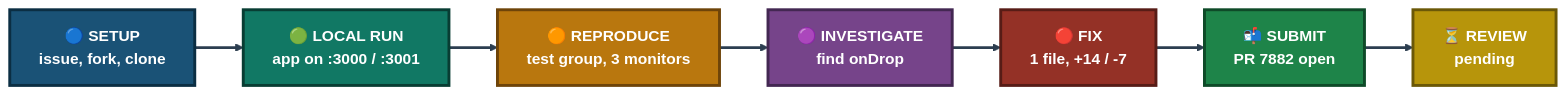
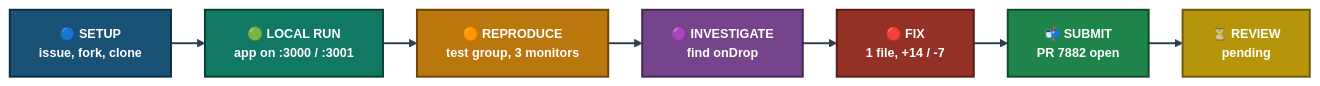
The first of 4 diagrams in project-4-uptime-kuma-open-source-contribution/README.md (malaika-azhar/Real-World-Tier2-Support-Projects), drawn with Mermaid before and after one commit. The commit also changed other lines of this file, not shown here.

````diff
--- a/project-4-uptime-kuma-open-source-contribution/README.md
+++ b/project-4-uptime-kuma-open-source-contribution/README.md
@@ -143,18 +143,19 @@
 ```mermaid
+%%{init: {'flowchart': {'nodeSpacing': 25, 'rankSpacing': 35, 'htmlLabels': true}, 'themeVariables': {'fontSize': '13px'}}}%%
 flowchart LR
     S1["🔵 SETUP<br/>issue, fork, clone"]:::setup --> S2["🟢 LOCAL RUN<br/>app on :3000 / :3001"]:::run
     S2 --> S3["🟠 REPRODUCE<br/>test group, 3 monitors"]:::repro
     S3 --> S4["🟣 INVESTIGATE<br/>find onDrop"]:::inv
     S4 --> S5["🔴 FIX<br/>1 file, +14 / -7"]:::fix
     S5 --> S6["📬 SUBMIT<br/>PR 7882 open"]:::sub
     S6 --> S7["⏳ REVIEW<br/>pending"]:::wait
 
-    classDef setup fill:#1A5276,stroke:#0B2E43,stroke-width:3px,color:#FFFFFF,font-weight:bold
-    classDef run fill:#117864,stroke:#083D33,stroke-width:3px,color:#FFFFFF,font-weight:bold
-    classDef repro fill:#B9770E,stroke:#6E4409,stroke-width:3px,color:#FFFFFF,font-weight:bold
-    classDef inv fill:#76448A,stroke:#432752,stroke-width:3px,color:#FFFFFF,font-weight:bold
-    classDef fix fill:#943126,stroke:#571C16,stroke-width:3px,color:#FFFFFF,font-weight:bold
-    classDef sub fill:#1E8449,stroke:#0E4A28,stroke-width:3px,color:#FFFFFF,font-weight:bold
-    classDef wait fill:#B7950B,stroke:#6B5807,stroke-width:3px,color:#FFFFFF,font-weight:bold
-    linkStyle default stroke:#2C3E50,stroke-width:3px
+    classDef setup fill:#1A5276,stroke:#0B2E43,stroke-width:2px,color:#FFFFFF,font-weight:bold
+    classDef run fill:#117864,stroke:#083D33,stroke-width:2px,color:#FFFFFF,font-weight:bold
+    classDef repro fill:#B9770E,stroke:#6E4409,stroke-width:2px,color:#FFFFFF,font-weight:bold
+    classDef inv fill:#76448A,stroke:#432752,stroke-width:2px,color:#FFFFFF,font-weight:bold
+    classDef fix fill:#943126,stroke:#571C16,stroke-width:2px,color:#FFFFFF,font-weight:bold
+    classDef sub fill:#1E8449,stroke:#0E4A28,stroke-width:2px,color:#FFFFFF,font-weight:bold
+    classDef wait fill:#B7950B,stroke:#6B5807,stroke-width:2px,color:#FFFFFF,font-weight:bold
+    linkStyle default stroke:#2C3E50,stroke-width:2px
 ```
````
